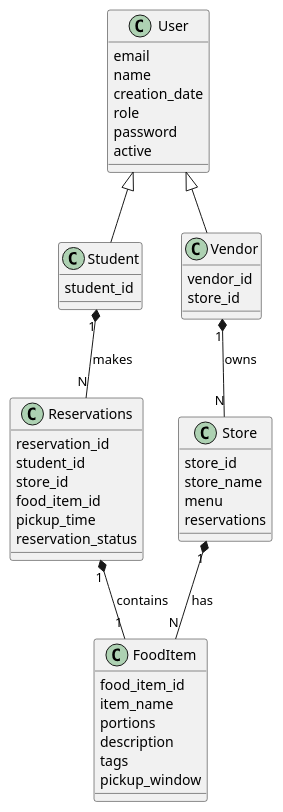
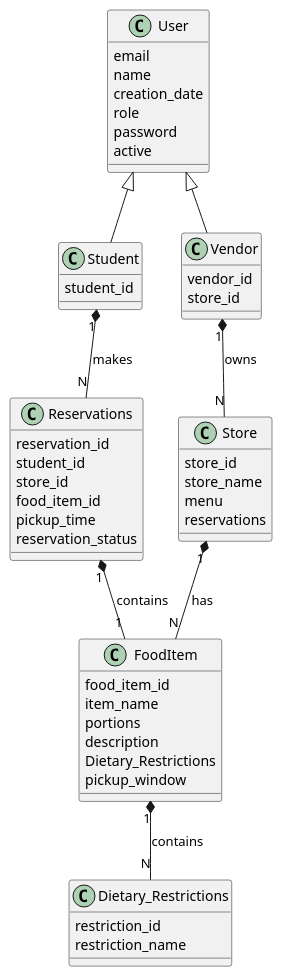
The diagram in uml/class.wsd (Riconashty/campuseats), drawn with PlantUML before and after one commit. The commit also changed 2 other files, not shown here.

Commit message:
Second UML commit, corrected sequence diagram and UML

```diff
--- a/uml/class.wsd
+++ b/uml/class.wsd
@@ -1,54 +1,61 @@
 @startuml class
 
 class User {
     email
     name
     creation_date
     role
     password
     active
 }
 
 class Student {
     student_id
 }
 
 class Vendor {
     vendor_id
     store_id
 }
 
 User <|-- Student
 User <|-- Vendor
 
 Vendor "1" *-- "N" Store : owns
 
 
 class Store {
     store_id
     store_name
     menu
     reservations
 }
 
 class FoodItem {
     food_item_id
     item_name
     portions
     description
-    tags
+    Dietary_Restrictions
     pickup_window
 }
 
 class Reservations {
     reservation_id
     student_id
     store_id
     food_item_id
     pickup_time
     reservation_status
 }
+
+class Dietary_Restrictions {
+    restriction_id
+    restriction_name
+}
+
 Store "1" *-- "N" FoodItem : has
 Student "1" *-- "N" Reservations : makes
 Reservations "1" *-- "1" FoodItem : contains
+FoodItem "1" *-- "N" Dietary_Restrictions : contains
 @enduml
```
